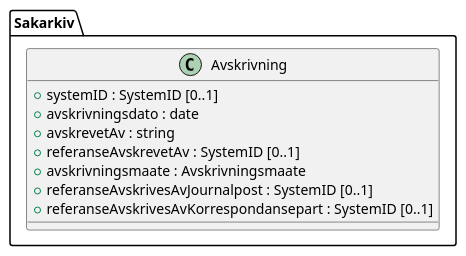
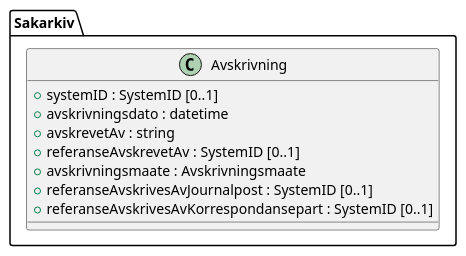
One commit to arkivverket/noark5-tjenestegrensesnitt-standard changed the diagram in kapitler/media/uml-class-avskrivning.iuml. Above: the diagram before and after it, drawn with PlantUML. The commit also changed 23 other files, not shown here.

First line of the commit message:
Change all date types to datetime to match Noark 5

```diff
--- a/kapitler/media/uml-class-avskrivning.iuml
+++ b/kapitler/media/uml-class-avskrivning.iuml
@@ -1,11 +1,11 @@
 @startuml
 class Sakarkiv.Avskrivning {
   +systemID : SystemID [0..1]
-  +avskrivningsdato : date
+  +avskrivningsdato : datetime
   +avskrevetAv : string
   +referanseAvskrevetAv : SystemID [0..1]
   +avskrivningsmaate : Avskrivningsmaate
   +referanseAvskrivesAvJournalpost : SystemID [0..1]
   +referanseAvskrivesAvKorrespondansepart : SystemID [0..1]
 }
 @enduml
```
